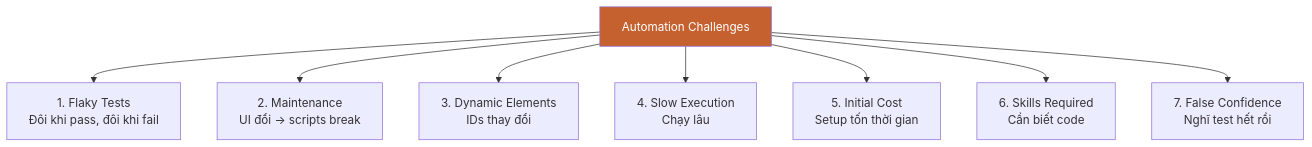
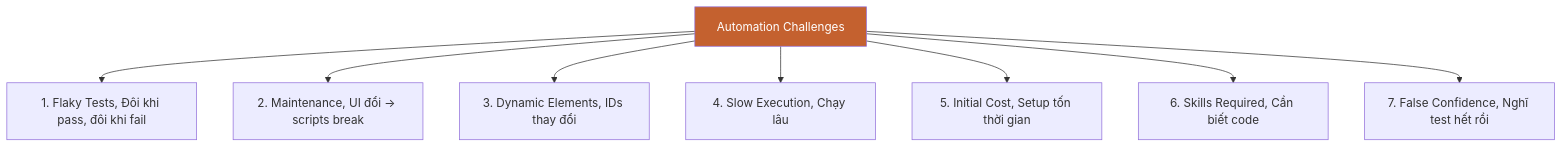
Before and after one commit to namnd0806/automation-testing-cource: diagram 11 of 11 in 01-automation-testing-fundamentals.md, drawn with Mermaid. The commit also changed other lines of this file and 4 other files, not shown here.

First line of the commit message:
Fix: Sửa tất cả sơ đồ Mermaid lỗi format

````diff
--- a/01-automation-testing-fundamentals.md
+++ b/01-automation-testing-fundamentals.md
@@ -657,14 +657,14 @@
 ```mermaid
 graph TD
     A[Automation Challenges]
     
-    A --> B[1. Flaky Tests<br/>Đôi khi pass, đôi khi fail]
-    A --> C[2. Maintenance<br/>UI đổi → scripts break]
-    A --> D[3. Dynamic Elements<br/>IDs thay đổi]
-    A --> E[4. Slow Execution<br/>Chạy lâu]
-    A --> F[5. Initial Cost<br/>Setup tốn thời gian]
-    A --> G[6. Skills Required<br/>Cần biết code]
-    A --> H[7. False Confidence<br/>Nghĩ test hết rồi]
+    A --> B[1. Flaky Tests, Đôi khi pass, đôi khi fail]
+    A --> C[2. Maintenance, UI đổi → scripts break]
+    A --> D[3. Dynamic Elements, IDs thay đổi]
+    A --> E[4. Slow Execution, Chạy lâu]
+    A --> F[5. Initial Cost, Setup tốn thời gian]
+    A --> G[6. Skills Required, Cần biết code]
+    A --> H[7. False Confidence, Nghĩ test hết rồi]
     
     style A fill:#C4612F,color:#fff
 ```
````
